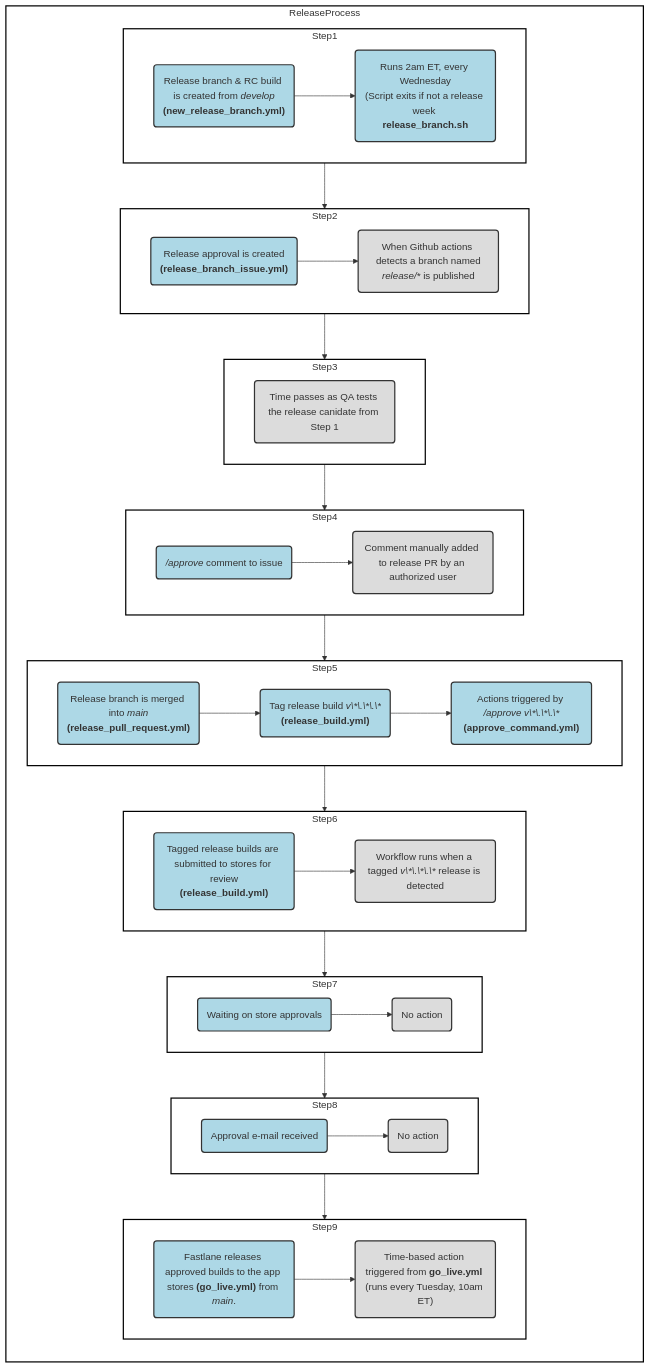
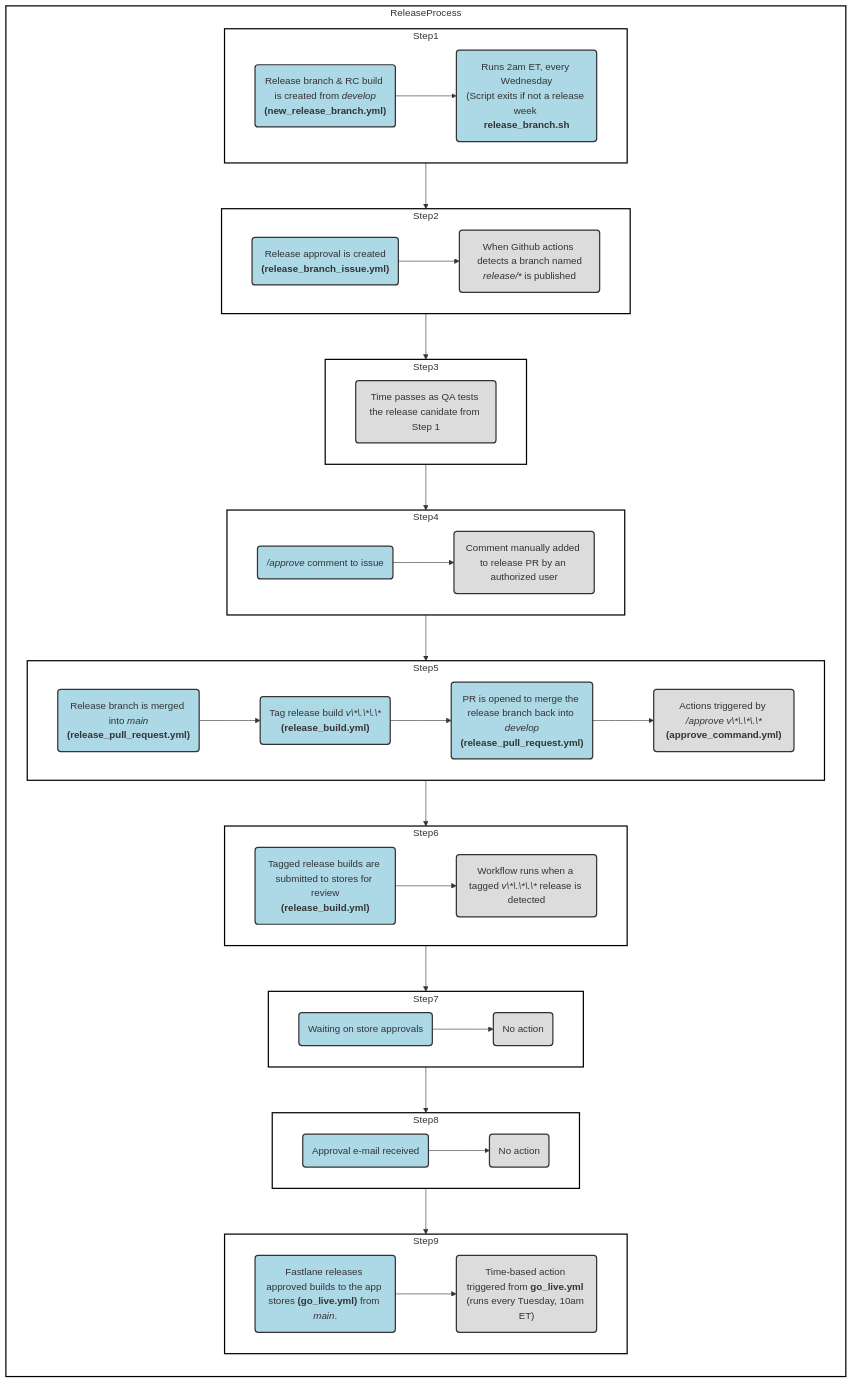
One commit to department-of-veterans-affairs/va-mobile-app changed the diagram in VAMobile/documentation/docs/Operations/Releases/release-process.md. Above: the diagram before and after it, drawn with Mermaid.

Commit message:
Updating the release rlow.

````diff
--- a/VAMobile/documentation/docs/Operations/Releases/release-process.md
+++ b/VAMobile/documentation/docs/Operations/Releases/release-process.md
@@ -5,68 +5,69 @@
 ```mermaid
 flowchart LR
     subgraph ReleaseProcess
         direction TB
         subgraph Step1
             direction LR
             A("Release branch & RC build is created from <i>develop</i><br><b>(new_release_branch.yml)</b>") --> B("Runs 2am ET, every Wednesday<br>(Script exits if not a release week <br><b>release_branch.sh</b>")
         end
         subgraph Step2
             direction LR
             C("Release approval is created<br><b>(release_branch_issue.yml)</b>") --> D("When Github actions detects a branch named<br><i>release/*</i> is published")
         end
         subgraph Step3
             direction LR
             E("Time passes as QA tests the release canidate from Step 1"):::gray
         end
         subgraph Step4
             direction LR
             F("<i>/approve</i> comment to issue") --> G("Comment manually added to release PR by an authorized user")
         end
         subgraph Step5
             direction LR
-            H("Release branch is merged into <i>main</i><br><b>(release_pull_request.yml)</b>") --> I("Tag release build <i>v\*\.\*\.\*</i><br><b>(release_build.yml)</b>") --> J("Actions triggered by <i>/approve v\*\.\*\.\*</i><br><b>(approve_command.yml)</b>")
+            H("Release branch is merged into <i>main</i><br><b>(release_pull_request.yml)</b>") --> I("Tag release build <i>v\*\.\*\.\*</i><br><b>(release_build.yml)</b>") --> S("PR is opened to merge the release branch back into <i>develop</i><br><b>(release_pull_request.yml)</b>") --> J("Actions triggered by <i>/approve v\*\.\*\.\*</i><br><b>(approve_command.yml)</b>")
         end
         subgraph Step6
             direction LR
             K("Tagged release builds are submitted to stores for review<br><b>(release_build.yml)</b>") --> L("Workflow runs when a tagged <i>v\*\.\*\.\*</i> release is detected")
         end
         subgraph Step7
             direction LR
             M("Waiting on store approvals") --> N("No action")
         end
         subgraph Step8
             direction LR
             O("Approval e-mail received") --> P("No action")
         end
         subgraph Step9
             direction LR
             Q("Fastlane releases approved builds to the app stores <b>(go_live.yml)</b> from <i>main</i>.") --> R("Time-based action triggered from <b>go_live.yml</b> (runs every Tuesday, 10am ET)")
         end
     end
 
 %%Color Classes%%
 classDef blue fill:#ADD8E6,stroke:#333,stroke-width:2px;
 classDef gray fill:#DCDCDC,stroke:#333,stroke-width:2px;
 classDef white fill:#FFFFFF,stroke:#000000,stroke-width:2px;
 classDef Rose stroke-width:1px, stroke-dasharray:none, stroke:#FF5978, fill:#FFDFE5, color:#8E2236
 Step1:::white --> Step2:::white --> Step3:::white --> Step4:::white --> Step5:::white --> Step6:::white --> Step7:::white --> Step8:::white --> Step9:::white
 A:::blue
 B:::blue
 C:::blue
 D:::gray
 E:::gray
 F:::blue
 G:::gray
 H:::blue
 I:::blue
-J:::blue
+J:::gray
 K:::blue
 L:::gray
 M:::blue
 N:::gray
 O:::blue
 P:::gray
 Q:::blue
 R:::gray
+S:::blue
 ReleaseProcess:::white
 ```
````
